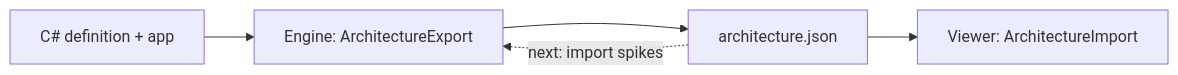
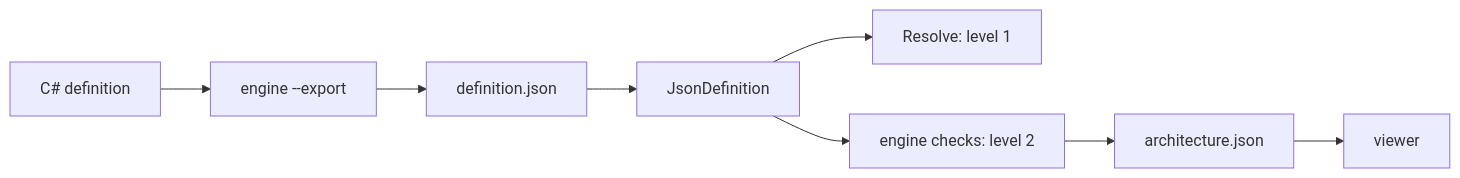
Before and after one commit to MgCohen/vsa-template: the diagram in docs/architecture-data.md, drawn with Mermaid. The commit also changed other lines of this file and 1 other file, not shown here.

Commit message:
Describe definition.json, JsonDefinition and DataConcept in the data docs

````diff
--- a/docs/architecture-data.md
+++ b/docs/architecture-data.md
@@ -5,7 +5,10 @@
 ```mermaid
 flowchart LR
-    C[C# definition + app] --> E[Engine: ArchitectureExport]
-    E --> J[architecture.json]
-    J --> V[Viewer: ArchitectureImport]
-    J -.->|next: import spikes| E
+    C[C# definition] --> X[engine --export]
+    X --> D[definition.json]
+    D --> J[JsonDefinition]
+    J --> R[Resolve: level 1]
+    J --> E[engine checks: level 2]
+    E --> A[architecture.json]
+    A --> V[viewer]
 ```
````
